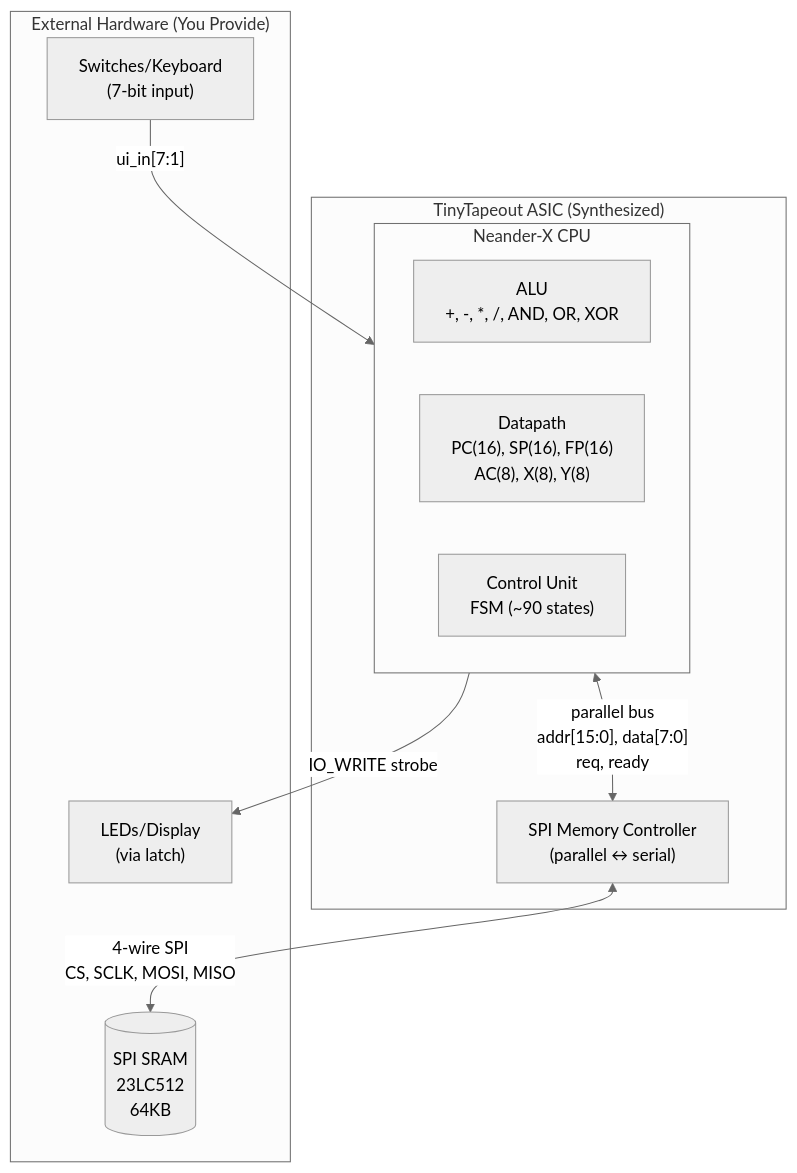
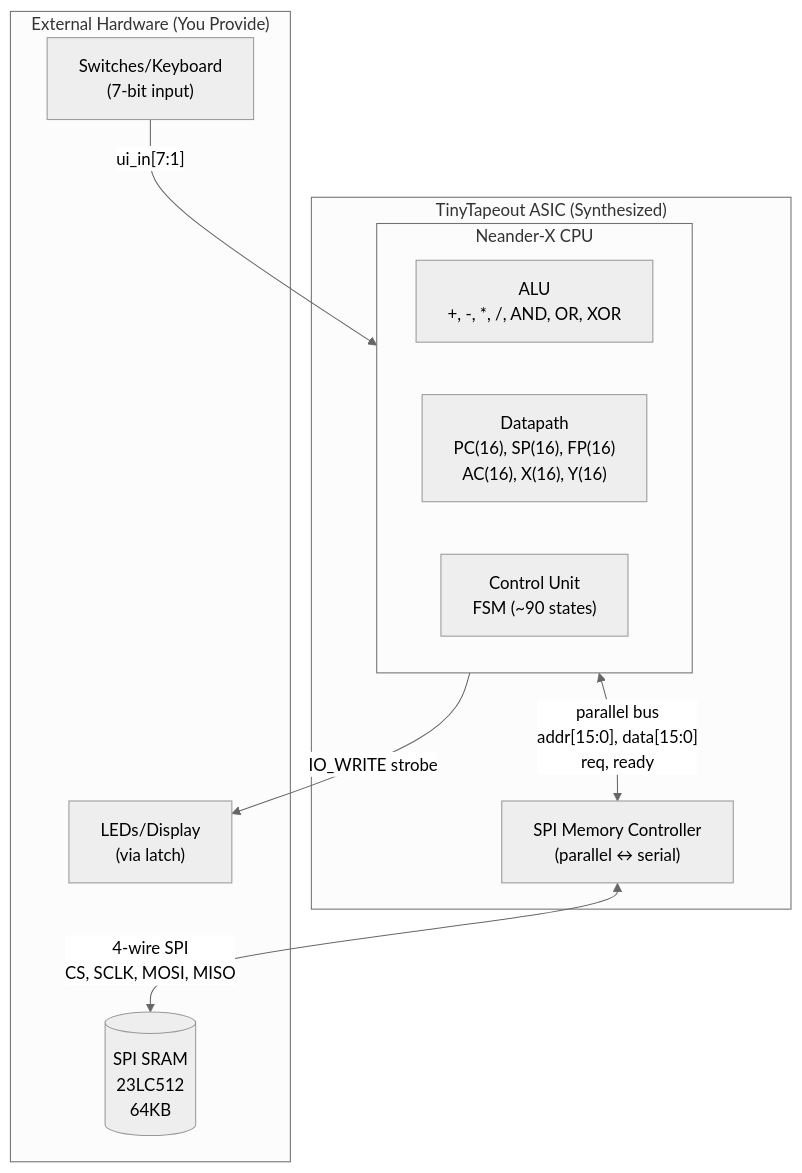
The first of 2 diagrams in README.md (leonardoaraujosantos/neander_tinytapeout_2026), drawn with Mermaid (neutral theme) before and after one commit. The commit also changed other lines of this file, not shown here.

First line of the commit message:
Update README for 16-bit CPU consistency

````diff
--- a/README.md
+++ b/README.md
@@ -346,22 +354,22 @@
 ```mermaid
 graph TB
     subgraph ASIC["TinyTapeout ASIC (Synthesized)"]
         subgraph CPU["Neander-X CPU"]
             ALU["ALU<br/>+, -, *, /, AND, OR, XOR"]
-            DP["Datapath<br/>PC(16), SP(16), FP(16)<br/>AC(8), X(8), Y(8)"]
+            DP["Datapath<br/>PC(16), SP(16), FP(16)<br/>AC(16), X(16), Y(16)"]
             CU["Control Unit<br/>FSM (~90 states)"]
         end
         SPI["SPI Memory Controller<br/>(parallel ↔ serial)"]
     end
 
     subgraph EXT["External Hardware (You Provide)"]
         SRAM[("SPI SRAM<br/>23LC512<br/>64KB")]
         IO_IN["Switches/Keyboard<br/>(7-bit input)"]
         IO_OUT["LEDs/Display<br/>(via latch)"]
     end
 
-    CPU <-->|"parallel bus<br/>addr[15:0], data[7:0]<br/>req, ready"| SPI
+    CPU <-->|"parallel bus<br/>addr[15:0], data[15:0]<br/>req, ready"| SPI
     SPI <-->|"4-wire SPI<br/>CS, SCLK, MOSI, MISO"| SRAM
     IO_IN -->|"ui_in[7:1]"| CPU
     CPU -->|"IO_WRITE strobe"| IO_OUT
 ```
````
